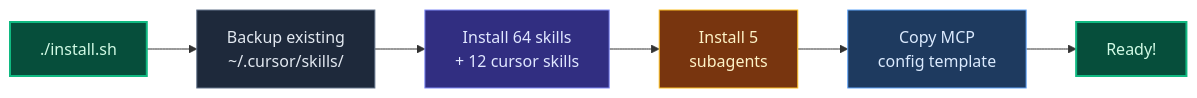
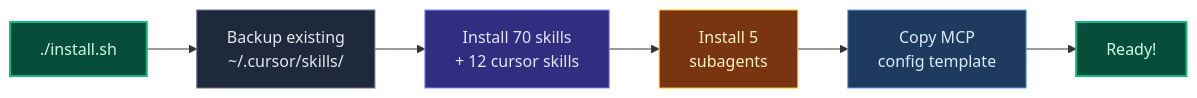
One commit to kensaurus/cursor-kenji changed the third of 12 diagrams in README.md. Above: the diagram before and after it, drawn with Mermaid. The commit also changed other lines of this file and 4 other files, not shown here.

````diff
--- a/README.md
+++ b/README.md
@@ -377,15 +377,15 @@
 ```mermaid
 flowchart LR
   A["./install.sh"] --> B["Backup existing\n~/.cursor/skills/"]
-  B --> C["Install 64 skills\n+ 12 cursor skills"]
+  B --> C["Install 70 skills\n+ 12 cursor skills"]
   C --> D["Install 5\nsubagents"]
   D --> E["Copy MCP\nconfig template"]
   E --> F["Ready!"]
 
   style A fill:#064e3b,stroke:#10b981,stroke-width:2px,color:#d1fae5
   style F fill:#064e3b,stroke:#10b981,stroke-width:2px,color:#d1fae5
   style B fill:#1e293b,stroke:#64748b,color:#e2e8f0
   style C fill:#312e81,stroke:#818cf8,color:#e0e7ff
   style D fill:#78350f,stroke:#fbbf24,color:#fef3c7
   style E fill:#1e3a5f,stroke:#60a5fa,color:#dbeafe
 ```
````
